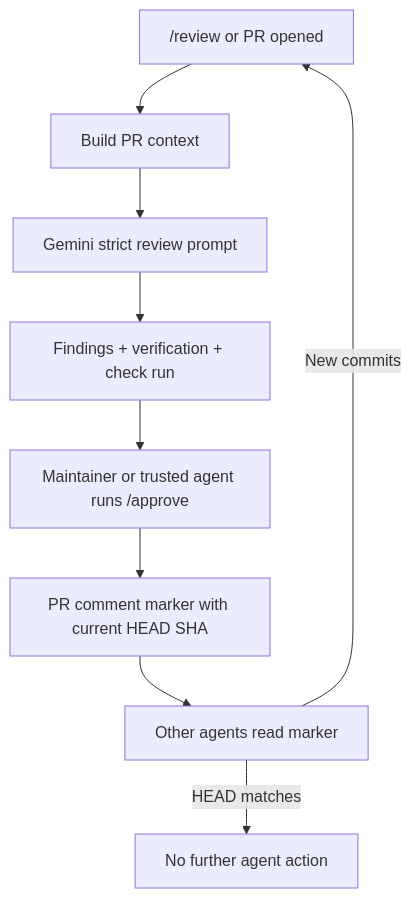
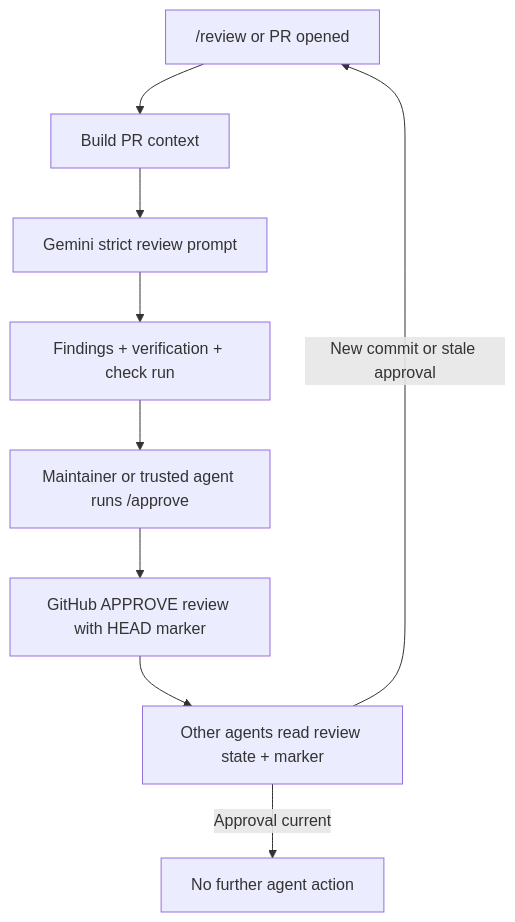
The second of 2 diagrams in README.md (seorilabs/gemini-pr-bot), drawn with Mermaid before and after one commit. The commit also changed other lines of this file and 2 other files, not shown here.

Commit message:
feat: submit approval reviews from approve command

````diff
--- a/README.md
+++ b/README.md
@@ -42,11 +42,11 @@
 ```mermaid
 flowchart TD
   Review["/review or PR opened"] --> Context["Build PR context"]
   Context --> Gemini["Gemini strict review prompt"]
   Gemini --> Output["Findings + verification + check run"]
   Output --> Approve["Maintainer or trusted agent runs /approve"]
-  Approve --> Marker["PR comment marker with current HEAD SHA"]
-  Marker --> Agent["Other agents read marker"]
-  Agent -->|HEAD matches| Stop["No further agent action"]
-  Agent -->|New commits| Review
+  Approve --> Approval["GitHub APPROVE review with HEAD marker"]
+  Approval --> Agent["Other agents read review state + marker"]
+  Agent -->|Approval current| Stop["No further agent action"]
+  Agent -->|New commit or stale approval| Review
 ```
````
